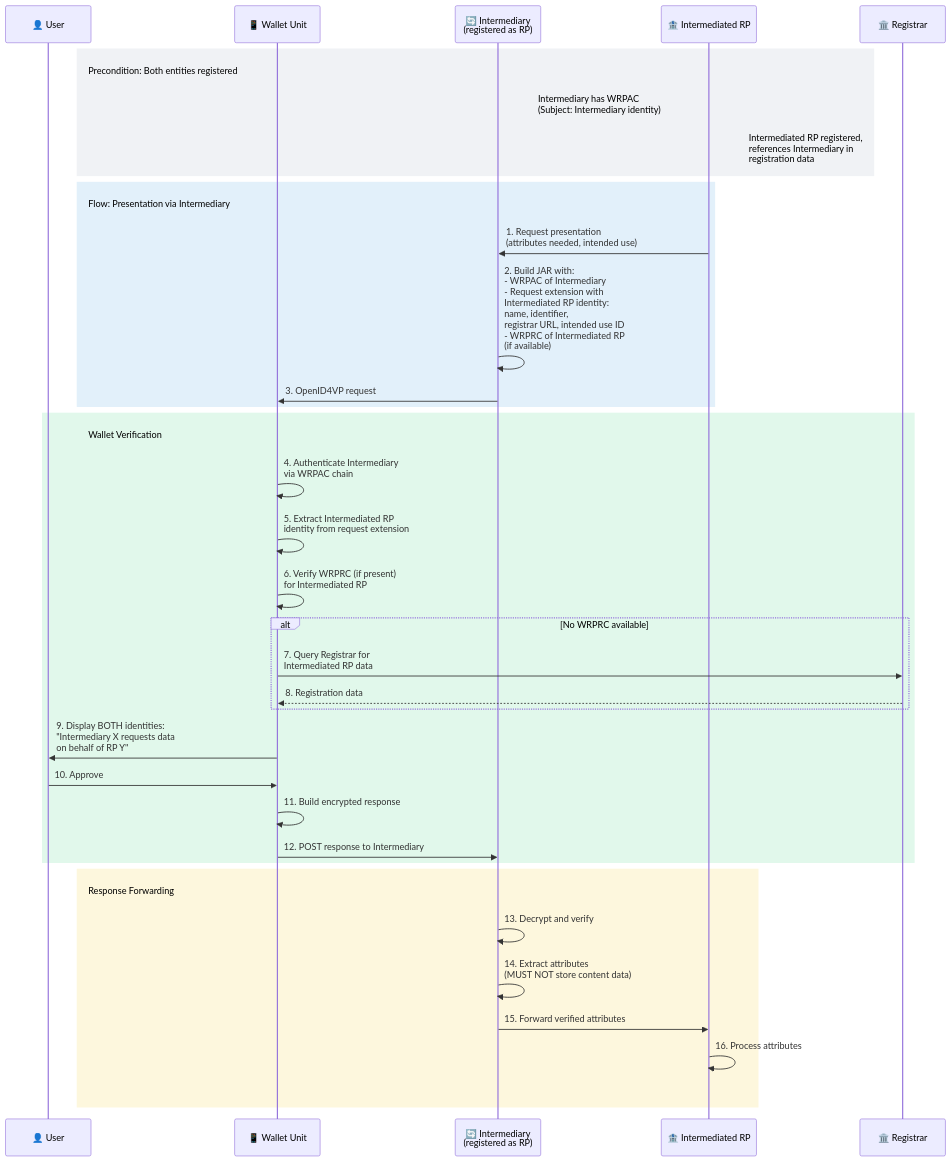
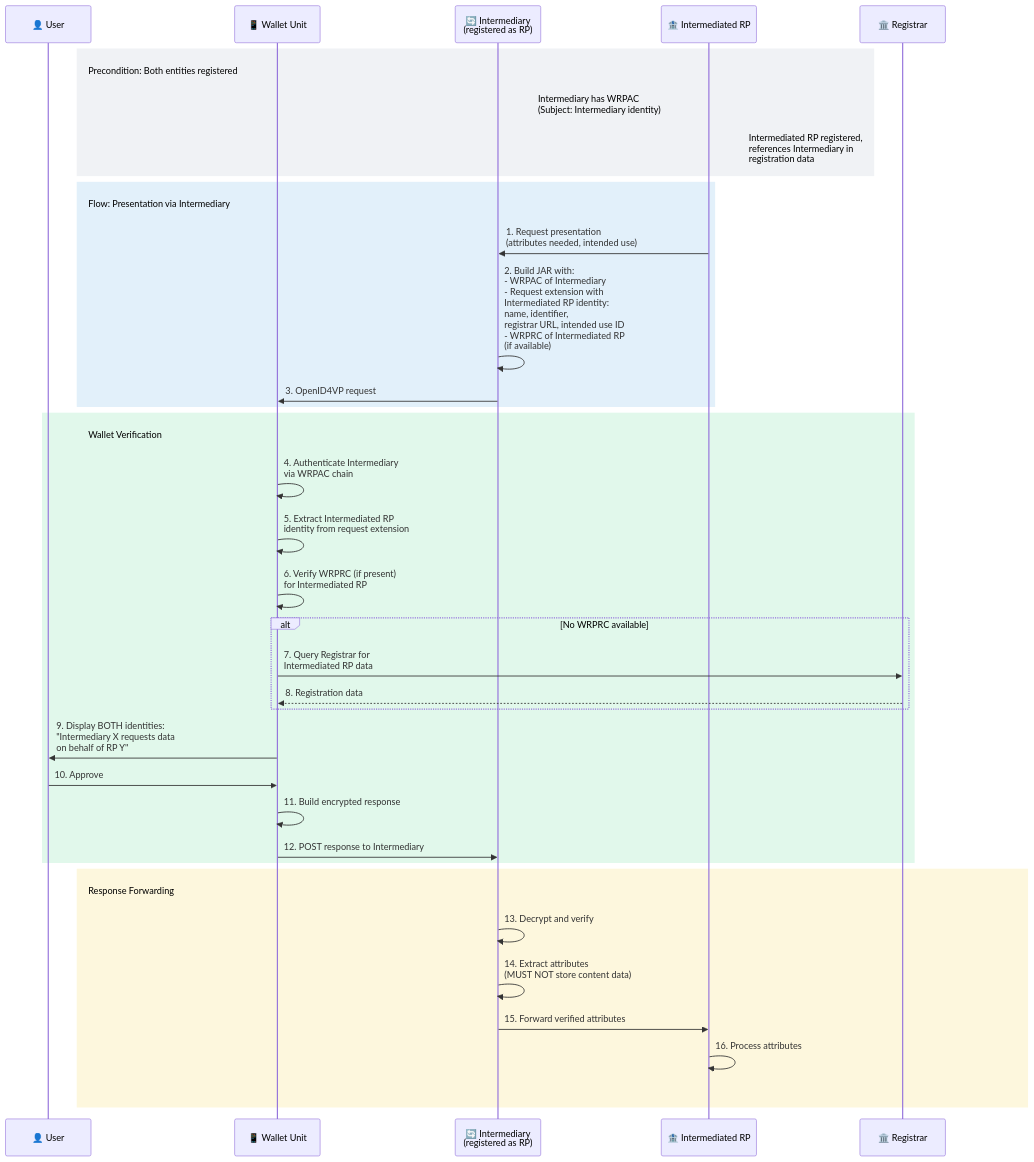
One commit to ivanstambuk/deep-research changed diagram 24 of 27 in papers/DR-0002/DR-0002-eudi-wallet-relying-party-integration.md. Above: the diagram before and after it, drawn with Mermaid. The commit also changed other lines of this file and 2 other files, not shown here.

Commit message:
docs: fix rightmost actor in sequence diagrams and add guardrail

````diff
--- a/papers/DR-0002/DR-0002-eudi-wallet-relying-party-integration.md
+++ b/papers/DR-0002/DR-0002-eudi-wallet-relying-party-integration.md
@@ -4647,55 +4647,55 @@
 ```mermaid
 ---
 config:
   themeVariables:
     noteBkgColor: "transparent"
     noteBorderColor: "transparent"
   sequence:
     messageAlign: left
     noteAlign: left
     actorMargin: 120
 ---
 sequenceDiagram
     participant User as 👤 User
     participant WU as 📱 Wallet Unit
     participant INT as 🔄 Intermediary<br/>(registered as RP)
     participant IRP as 🏦 Intermediated RP
     participant REG as 🏛️ Registrar
 
     rect rgba(148, 163, 184, 0.14)
     Note right of User: Precondition: Both entities registered
     Note right of INT: Intermediary has WRPAC<br/>(Subject: Intermediary identity)
     Note right of IRP: Intermediated RP registered,<br/>references Intermediary in<br/>registration data
     end
 
     rect rgba(52, 152, 219, 0.14)
     Note right of User: Flow: Presentation via Intermediary
     IRP->>INT: 1. Request presentation<br/>(attributes needed, intended use)
     INT->>INT: 2. Build JAR with:<br/>- WRPAC of Intermediary<br/>- Request extension with<br/>  Intermediated RP identity:<br/>  name, identifier,<br/>  registrar URL, intended use ID<br/>- WRPRC of Intermediated RP<br/>  (if available)
     INT->>WU: 3. OpenID4VP request
     end
 
     rect rgba(46, 204, 113, 0.14)
     Note right of User: Wallet Verification
     WU->>WU: 4. Authenticate Intermediary<br/>via WRPAC chain
     WU->>WU: 5. Extract Intermediated RP<br/>identity from request extension
     WU->>WU: 6. Verify WRPRC (if present)<br/>for Intermediated RP
     alt No WRPRC available
         WU->>REG: 7. Query Registrar for<br/>Intermediated RP data
         REG-->>WU: 8. Registration data
     end
     WU->>User: 9. Display BOTH identities:<br/>"Intermediary X requests data<br/>on behalf of RP Y"
     User->>WU: 10. Approve
     WU->>WU: 11. Build encrypted response
     WU->>INT: 12. POST response to Intermediary
     end
 
     rect rgba(241, 196, 15, 0.14)
     Note right of User: Response Forwarding
     INT->>INT: 13. Decrypt and verify
     INT->>INT: 14. Extract attributes<br/>(MUST NOT store content data)
     INT->>IRP: 15. Forward verified attributes
     IRP->>IRP: 16. Process attributes
-    Note right of INT: ⠀
+    Note right of REG: ⠀
     end
 ```
````
